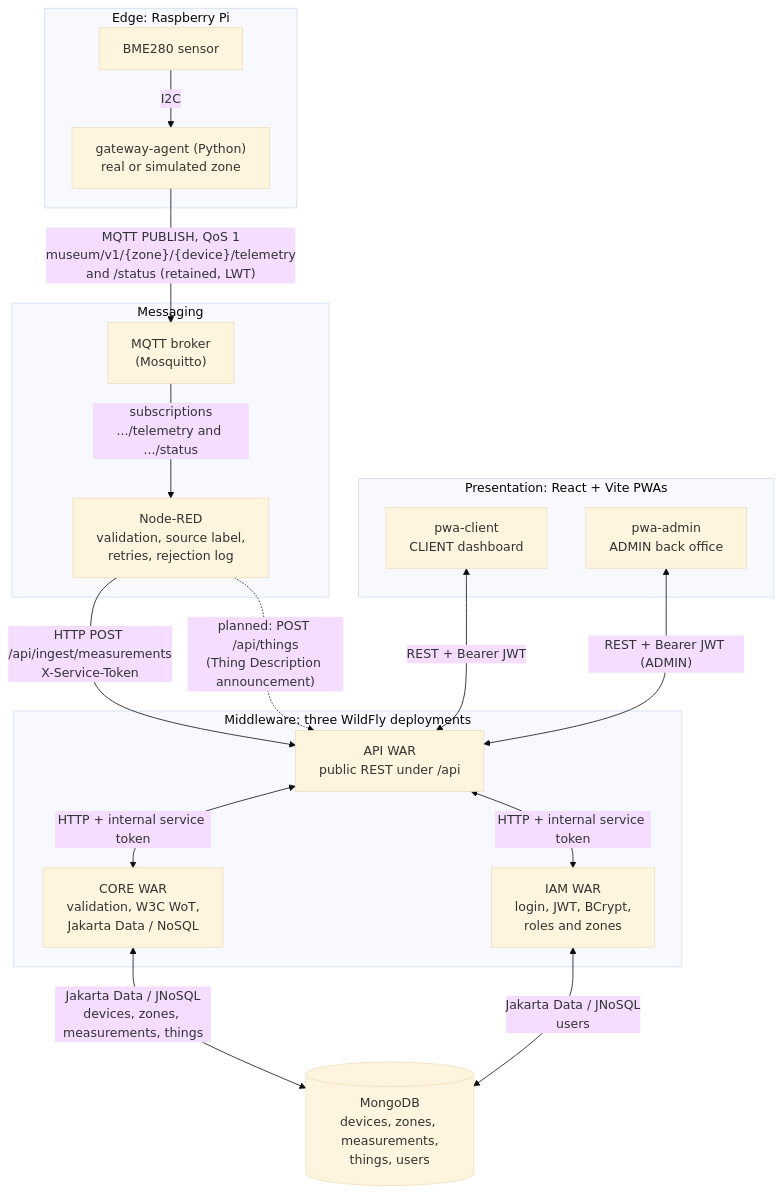
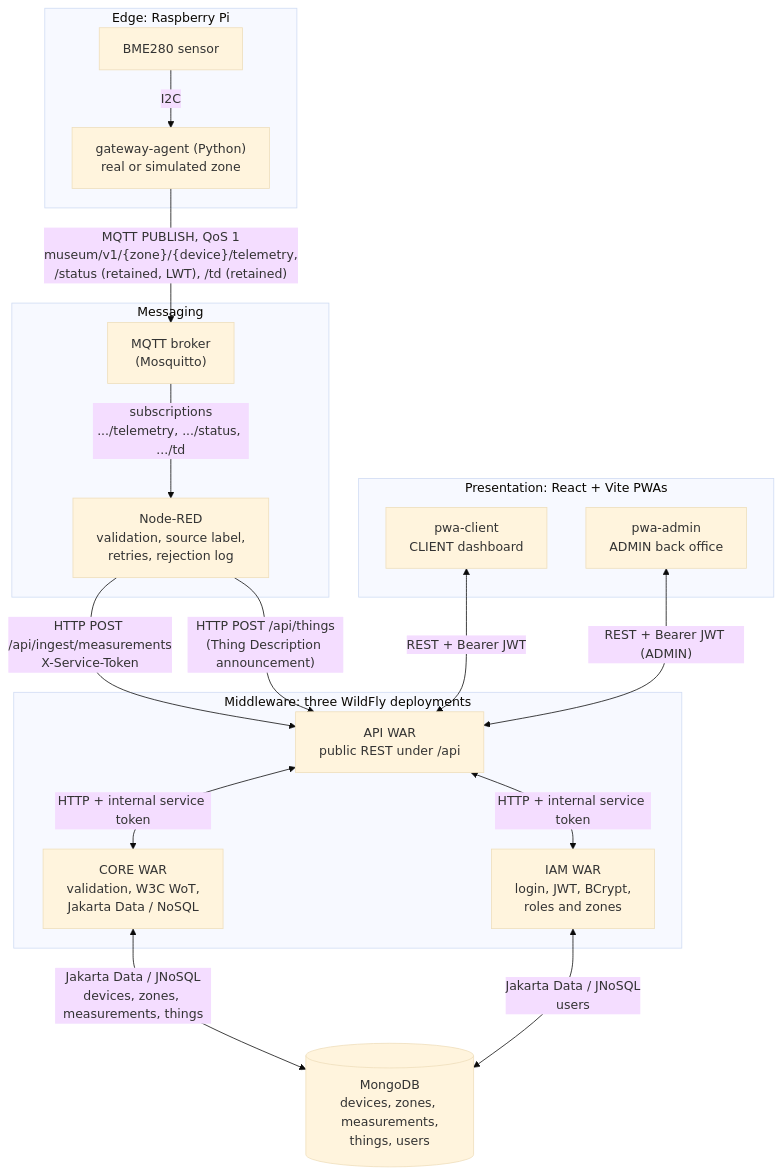
One commit to sourourjaouadi/SMART-MUSEUM changed the first of 2 diagrams in README.md. Above: the diagram before and after it, drawn with Mermaid (base theme). The commit also changed other lines of this file and 29 other files, not shown here.

Commit message:
P1: annonce Thing Description, relais Node-RED, broker Mosquitto (TLS 8883, comptes, ACL), tests et audit

````diff
--- a/README.md
+++ b/README.md
@@ -33,39 +33,39 @@
 ```mermaid
 flowchart TB
     subgraph EDGE["Edge: Raspberry Pi"]
         SENSOR["BME280 sensor"]
         AGENT["gateway-agent (Python)<br/>real or simulated zone"]
     end
 
     subgraph MSG["Messaging"]
         BROKER["MQTT broker<br/>(Mosquitto)"]
         NODERED["Node-RED<br/>validation, source label,<br/>retries, rejection log"]
     end
 
     subgraph MW["Middleware: three WildFly deployments"]
         API["API WAR<br/>public REST under /api"]
         IAM["IAM WAR<br/>login, JWT, BCrypt,<br/>roles and zones"]
         CORE["CORE WAR<br/>validation, W3C WoT,<br/>Jakarta Data / NoSQL"]
     end
 
     DB[("MongoDB<br/>devices, zones, measurements,<br/>things, users")]
 
     subgraph UI["Presentation: React + Vite PWAs"]
         CLIENT["pwa-client<br/>CLIENT dashboard"]
         ADMIN["pwa-admin<br/>ADMIN back office"]
     end
 
     SENSOR -->|"I2C"| AGENT
-    AGENT -->|"MQTT PUBLISH, QoS 1<br/>museum/v1/{zone}/{device}/telemetry<br/>and /status (retained, LWT)"| BROKER
-    BROKER -->|"subscriptions<br/>.../telemetry and .../status"| NODERED
+    AGENT -->|"MQTT PUBLISH, QoS 1<br/>museum/v1/{zone}/{device}/telemetry,<br/>/status (retained, LWT), /td (retained)"| BROKER
+    BROKER -->|"subscriptions<br/>.../telemetry, .../status, .../td"| NODERED
     NODERED -->|"HTTP POST /api/ingest/measurements<br/>X-Service-Token"| API
-    NODERED -.->|"planned: POST /api/things<br/>(Thing Description announcement)"| API
+    NODERED -->|"HTTP POST /api/things<br/>(Thing Description announcement)"| API
 
     CLIENT <-->|"REST + Bearer JWT"| API
     ADMIN <-->|"REST + Bearer JWT (ADMIN)"| API
 
     API <-->|"HTTP + internal service token"| IAM
     API <-->|"HTTP + internal service token"| CORE
     CORE <-->|"Jakarta Data / JNoSQL<br/>devices, zones, measurements, things"| DB
     IAM <-->|"Jakarta Data / JNoSQL<br/>users"| DB
 ```
````
